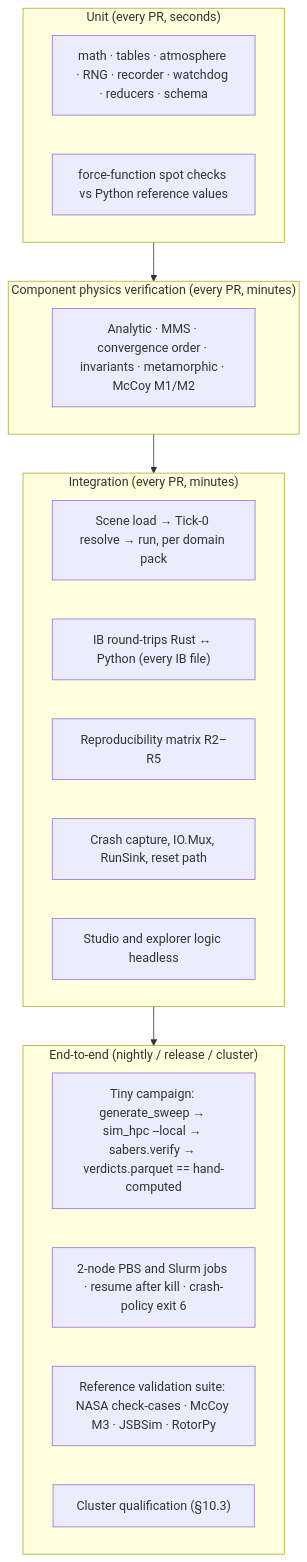
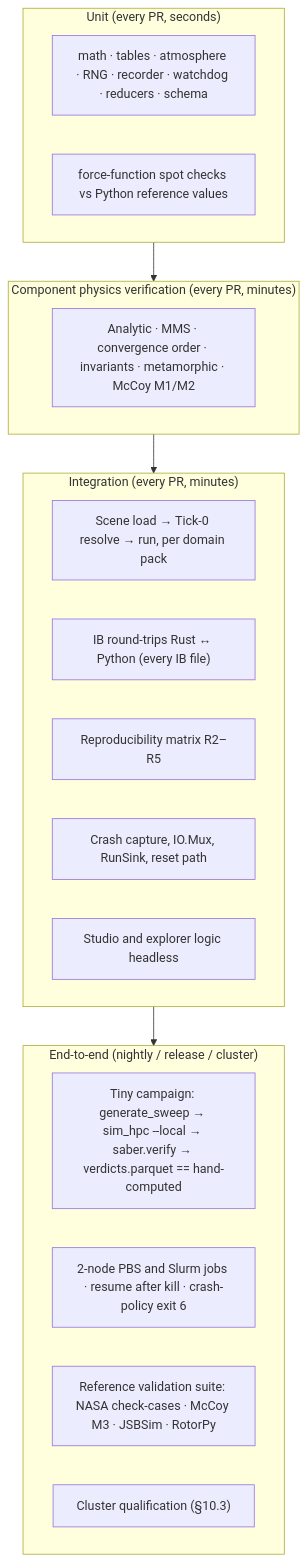
The third of 6 diagrams in docs/design/verification-and-test-strategy.md (Schmiedium/SABER), drawn with Mermaid before and after one commit. The commit also changed other lines of this file and 6 other files, not shown here.

First line of the commit message:
Rename sabers identifiers to saber across the design docs (D18)

````diff
--- a/docs/design/verification-and-test-strategy.md
+++ b/docs/design/verification-and-test-strategy.md
@@ -644,24 +644,24 @@
 ```mermaid
 flowchart TB
     subgraph E2E["End-to-end (nightly / release / cluster)"]
-        e1["Tiny campaign: generate_sweep → sim_hpc --local → sabers.verify → verdicts.parquet == hand-computed"]
+        e1["Tiny campaign: generate_sweep → sim_hpc --local → saber.verify → verdicts.parquet == hand-computed"]
         e2["2-node PBS and Slurm jobs · resume after kill · crash-policy exit 6"]
         e3["Reference validation suite: NASA check-cases · McCoy M3 · JSBSim · RotorPy"]
         e4["Cluster qualification (§10.3)"]
     end
     subgraph INT["Integration (every PR, minutes)"]
         i1["Scene load → Tick-0 resolve → run, per domain pack"]
         i2["IB round-trips Rust ↔ Python (every IB file)"]
         i3["Reproducibility matrix R2–R5"]
         i4["Crash capture, IO.Mux, RunSink, reset path"]
         i5["Studio and explorer logic headless"]
     end
     subgraph COMP["Component physics verification (every PR, minutes)"]
         c1["Analytic · MMS · convergence order · invariants · metamorphic · McCoy M1/M2"]
     end
     subgraph UNIT["Unit (every PR, seconds)"]
         u1["math · tables · atmosphere · RNG · recorder · watchdog · reducers · schema"]
         u2["force-function spot checks vs Python reference values"]
     end
     UNIT --> COMP --> INT --> E2E
 ```
````
